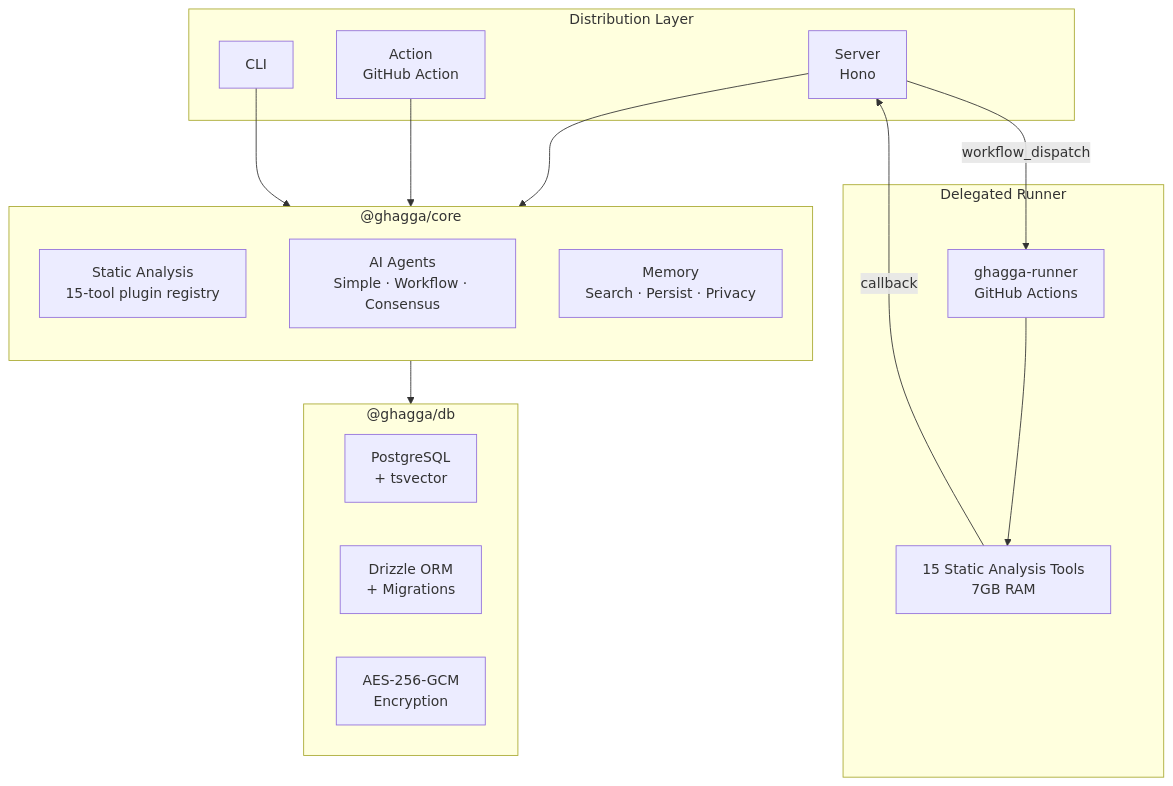
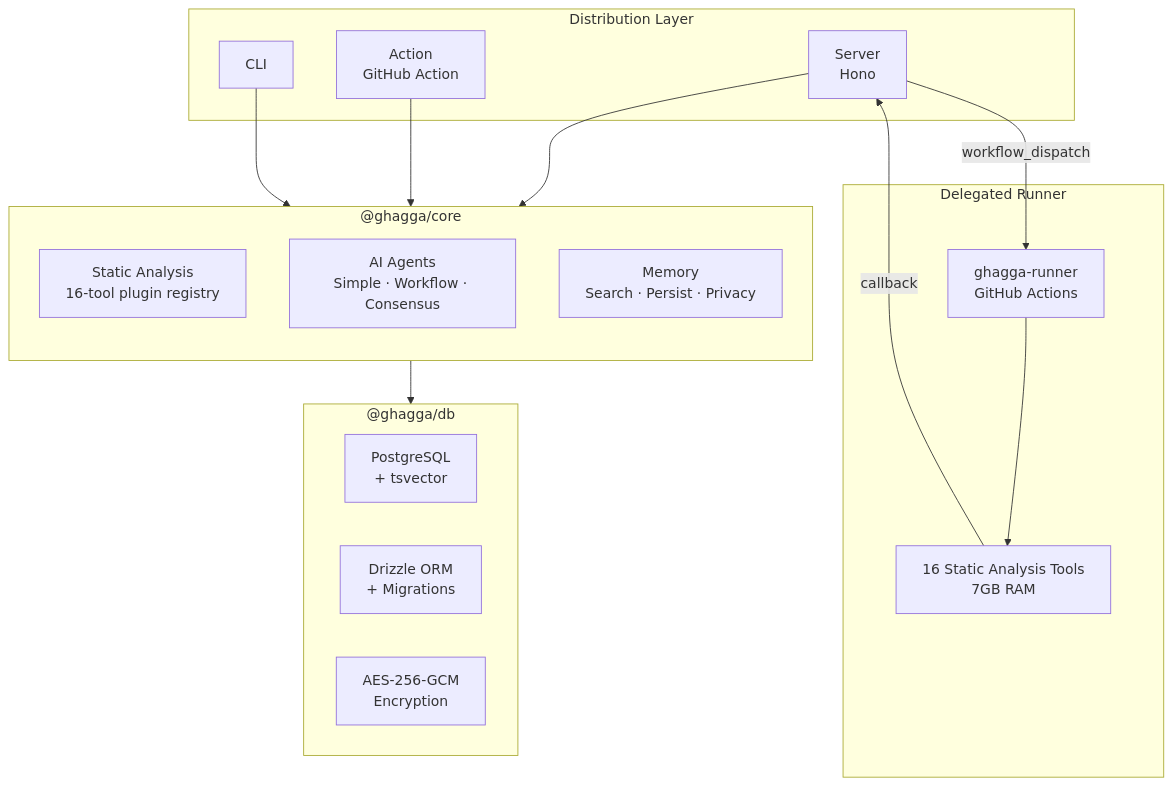
Before and after one commit to JNZader/ghagga: the first of 2 diagrams in docs/architecture.md, drawn with Mermaid. The commit also changed other lines of this file and 16 other files, not shown here.

````diff
--- a/docs/architecture.md
+++ b/docs/architecture.md
@@ -7,35 +7,35 @@
 ```mermaid
 graph TB
   subgraph Distribution["Distribution Layer"]
     Server["Server<br/>Hono"]
     Action["Action<br/>GitHub Action"]
     CLI["CLI"]
   end
 
   subgraph Runner["Delegated Runner"]
     RunnerRepo["ghagga-runner<br/>GitHub Actions"]
-    RunnerTools["15 Static Analysis Tools<br/>7GB RAM"]
+    RunnerTools["16 Static Analysis Tools<br/>7GB RAM"]
   end
 
   subgraph Core["@ghagga/core"]
     direction TB
-    SA["Static Analysis<br/>15-tool plugin registry"]
+    SA["Static Analysis<br/>16-tool plugin registry"]
     Agents["AI Agents<br/>Simple · Workflow · Consensus"]
     Memory["Memory<br/>Search · Persist · Privacy"]
   end
 
   subgraph DB["@ghagga/db"]
     PG["PostgreSQL<br/>+ tsvector"]
     Drizzle["Drizzle ORM<br/>+ Migrations"]
     Crypto["AES-256-GCM<br/>Encryption"]
   end
 
   Server -- "workflow_dispatch" --> RunnerRepo
   RunnerRepo --> RunnerTools
   RunnerTools -- "callback" --> Server
 
   Server --> Core
   Action --> Core
   CLI --> Core
   Core --> DB
 ```
````
